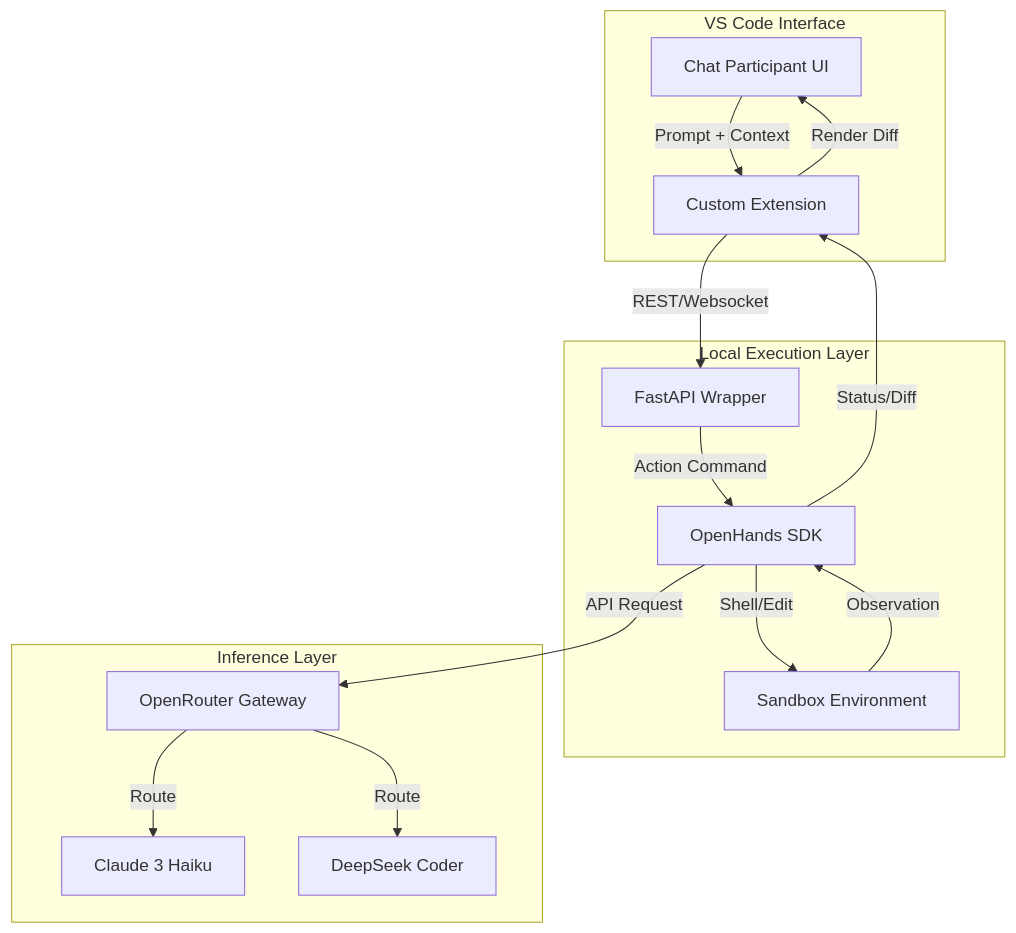
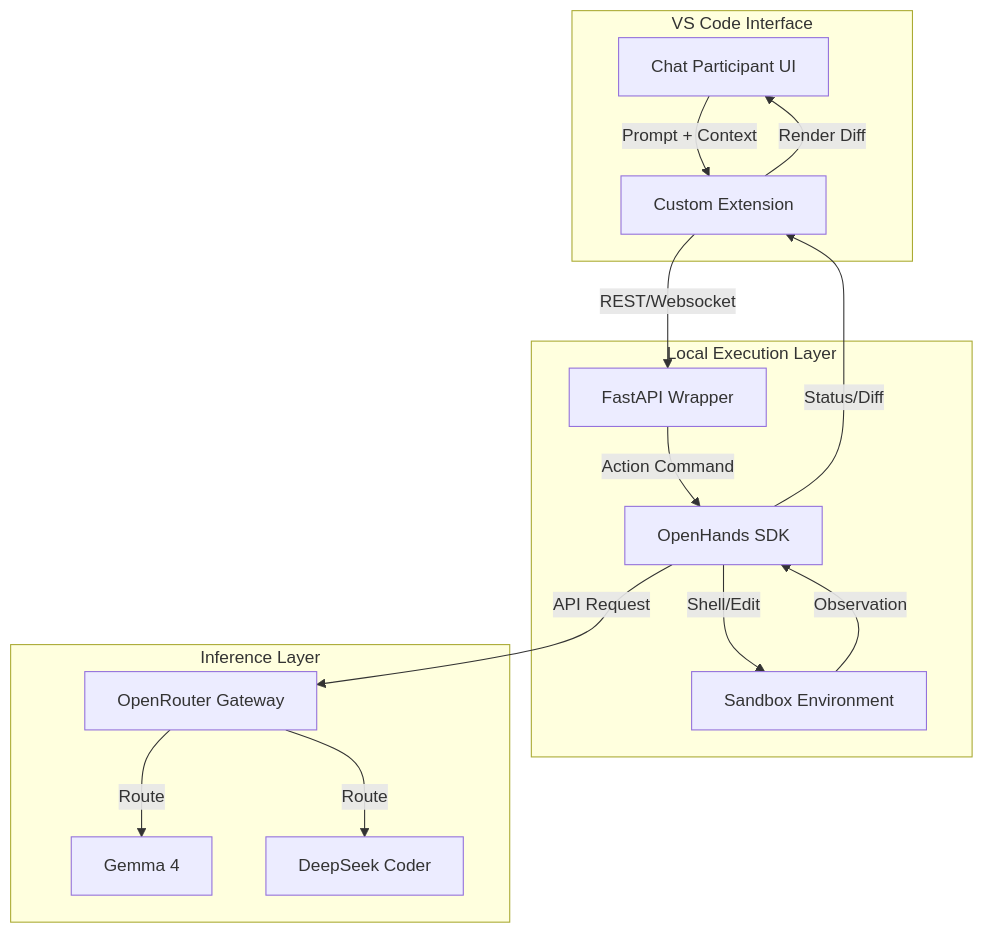
The diagram in domain-knowledge/background-information.md (aai-pai/anvil-coding-agent), drawn with Mermaid before and after one commit. The commit also changed other lines of this file and 1 other file, not shown here.

Commit message:
Edit from Haiku to Gemma 4

````diff
--- a/domain-knowledge/background-information.md
+++ b/domain-knowledge/background-information.md
@@ -332,23 +332,23 @@
 ```mermaid
 graph TD
     subgraph "VS Code Interface"
         A[Chat Participant UI] -->|Prompt + Context| B[Custom Extension]
     end
 
     subgraph "Local Execution Layer"
         B -->|REST/Websocket| C[FastAPI Wrapper]
         C -->|Action Command| D[OpenHands SDK]
         D -->|Shell/Edit| E[Sandbox Environment]
     end
 
     subgraph "Inference Layer"
         D -->|API Request| F[OpenRouter Gateway]
-        F -->|Route| G[Claude 3 Haiku]
+        F -->|Route| G[Gemma 4]
         F -->|Route| H[DeepSeek Coder]
     end
 
     E -->|Observation| D
     D -->|Status/Diff| B
     B -->|Render Diff| A
 
 ```
````
